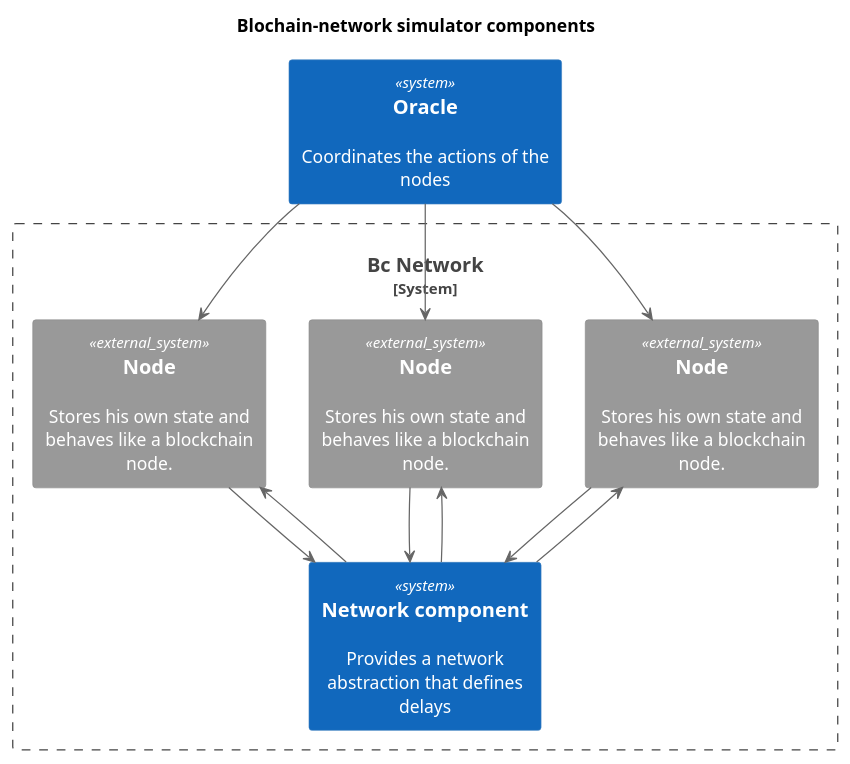
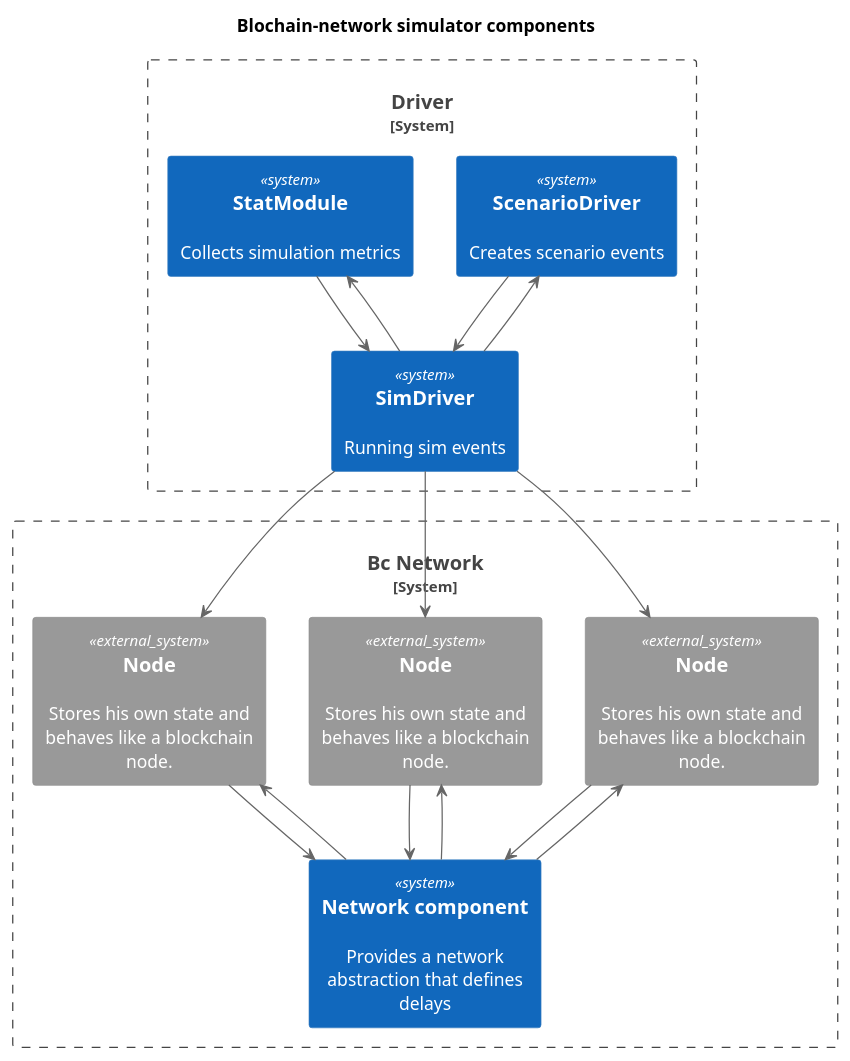
The diagram in doc/components.puml (M8hew/RustBlock), drawn with PlantUML before and after one commit. The commit also changed 17 other files, not shown here.

Commit message:
rewrote the architecture

```diff
--- a/doc/components.puml
+++ b/doc/components.puml
@@ -1,31 +1,42 @@
 @startuml Context
 
 !include https://raw.githubusercontent.com/plantuml-stdlib/C4-PlantUML/master/C4_Container.puml
 
 title Blochain-network simulator components
 
-System(oracle, "Oracle", "Coordinates the actions of the nodes")
+System_Boundary(Driver, "Driver") {
+    System(SimDriver, "SimDriver", "Running sim events")
+    System(StatModule, "StatModule", "Collects simulation metrics")
+    System(ScenarioDriver, "ScenarioDriver", "Creates scenario events")
+
+    StatModule -down-> SimDriver
+    SimDriver -up-> StatModule
+
+    ScenarioDriver -down-> SimDriver
+    SimDriver -up-> ScenarioDriver
+}
+
 
 System_Boundary(BCNetwork, "Bc Network") {
     System(network, "Network component", "Provides a network abstraction that defines delays")
 
     System_Ext(node_1, "Node", "Stores his own state and behaves like a blockchain node.")
     System_Ext(node_2, "Node", "Stores his own state and behaves like a blockchain node.")
     System_Ext(node_3, "Node", "Stores his own state and behaves like a blockchain node.")
     
     node_1 -down-> network
     node_2 -down-> network
     node_3 -down-> network
 
     network -up-> node_1
     network -up-> node_2
     network -up-> node_3
 
 }
 
-oracle -down-> node_1
-oracle -down-> node_2
-oracle -down-> node_3
+SimDriver -down-> node_1
+SimDriver -down-> node_2
+SimDriver -down-> node_3
 
 
 @enduml
```
